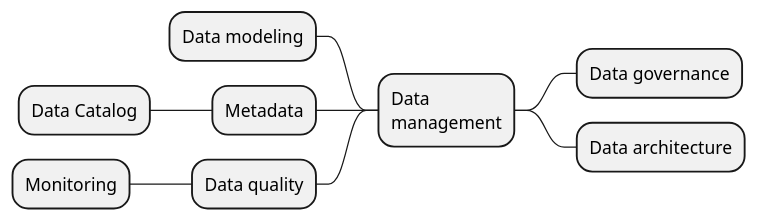
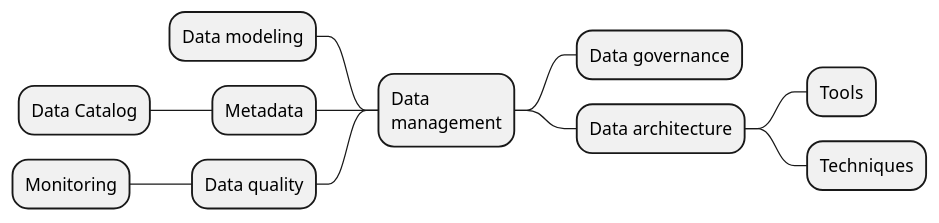
One commit to chaimt/data-management-roadmap changed the diagram in data-management-roadmap.puml. Above: the diagram before and after it, drawn with PlantUML. The commit also changed 1 other file, not shown here.

```diff
--- a/data-management-roadmap.puml
+++ b/data-management-roadmap.puml
@@ -1,10 +1,12 @@
 @startmindmap
 + Data\nmanagement
 ++ Data governance
 ++ Data architecture
++++ Tools
++++ Techniques
 -- Data modeling
 -- Metadata
 --- Data Catalog
 -- Data quality
 --- Monitoring
 @endmindmap
```
